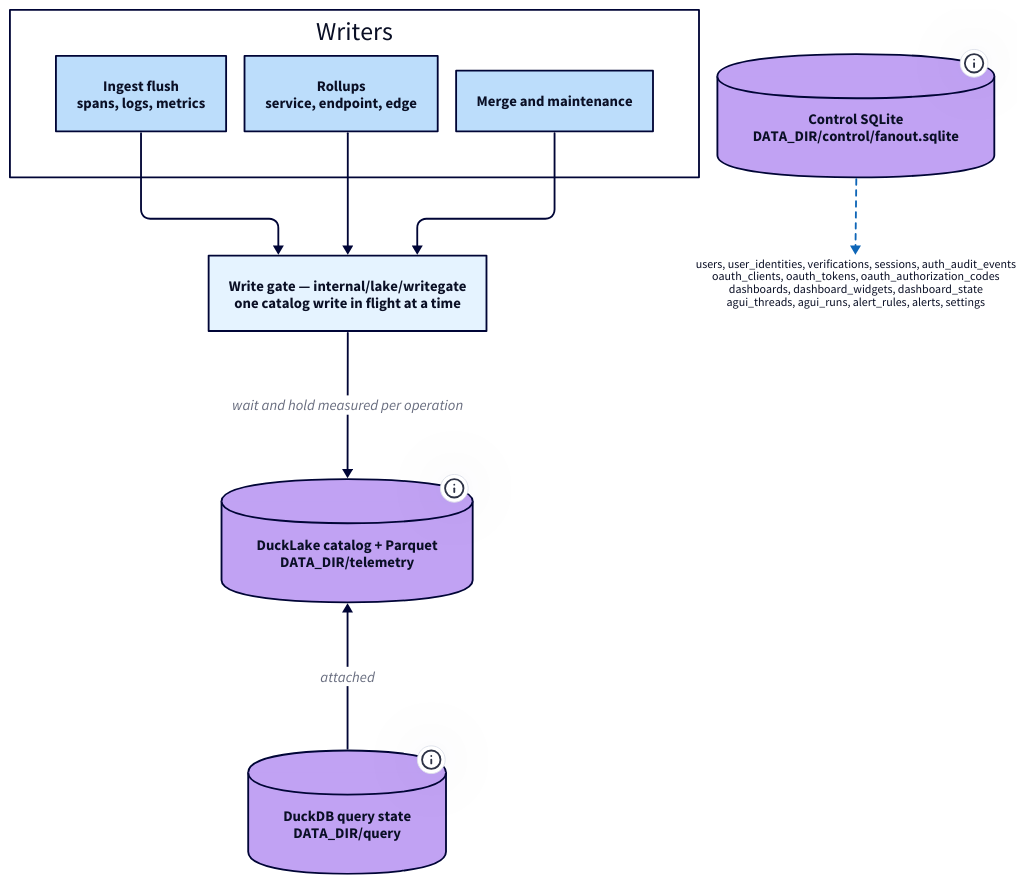
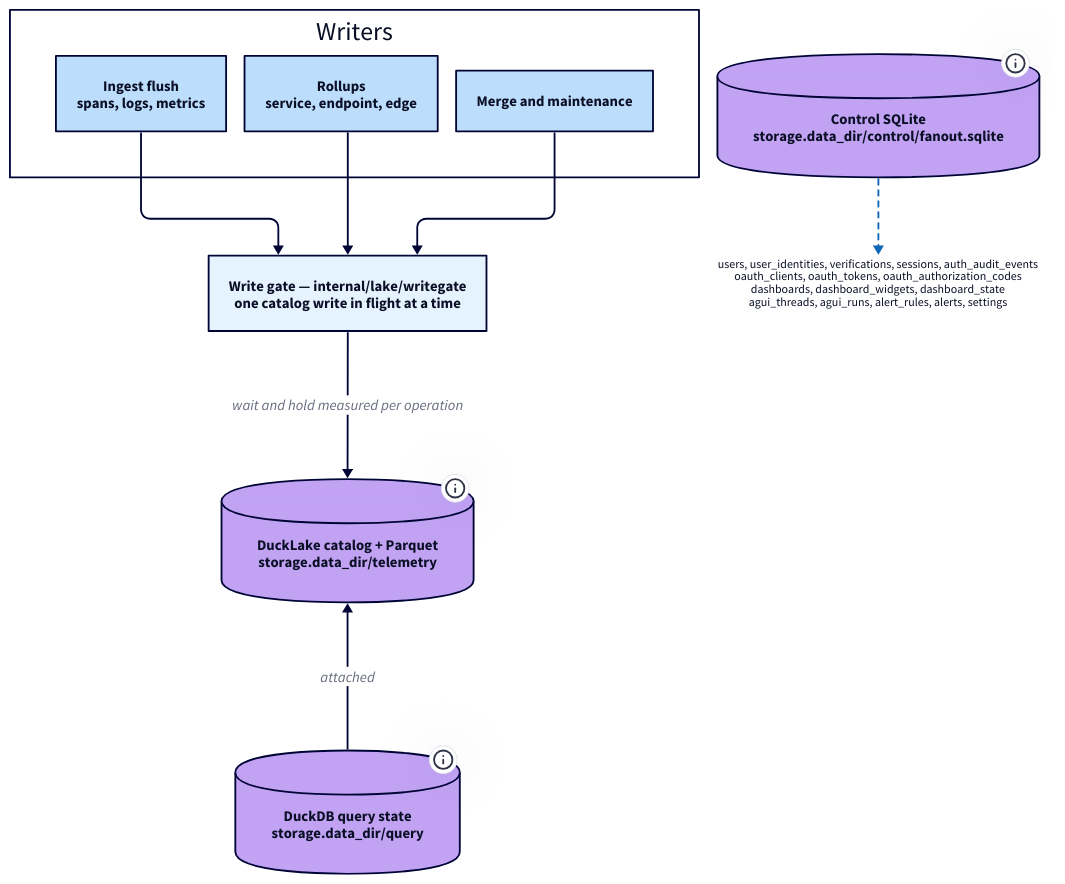
One commit to labstack/fanout changed the diagram in docs/diagrams/persistence.d2. Above: the diagram before and after it, drawn with D2. The commit also changed 63 other files, not shown here.

```diff
--- a/docs/diagrams/persistence.d2
+++ b/docs/diagrams/persistence.d2
@@ -1,53 +1,53 @@
 # Where Fanout keeps state, and what serializes writes to it.
 # Render with `just diagrams`; commit the generated SVG beside this file.
 
 direction: down
 
 vars: {
   d2-config: {
     layout-engine: elk
     theme-id: 5
   }
 }
 
 writers: Writers {
   style.fill: transparent
   ingest: "Ingest flush\nspans, logs, metrics" {shape: rectangle}
   rollup: "Rollups\nservice, endpoint, edge" {shape: rectangle}
   maint: "Merge and maintenance" {shape: rectangle}
 }
 
 gate: "Write gate — internal/lake/writegate\none catalog write in flight at a time" {
   shape: rectangle
   style: {
     stroke-width: 2
     bold: true
   }
 }
 
-telemetry: "DuckLake catalog + Parquet\nDATA_DIR/telemetry" {
+telemetry: "DuckLake catalog + Parquet\nstorage.data_dir/telemetry" {
   shape: cylinder
   tooltip: Partitioned telemetry. Written only through the gate.
 }
 
-querystate: "DuckDB query state\nDATA_DIR/query" {
+querystate: "DuckDB query state\nstorage.data_dir/query" {
   shape: cylinder
   tooltip: Catalog attachment and temp spill. Not the telemetry itself.
 }
 
-control: "Control SQLite\nDATA_DIR/control/fanout.sqlite" {
+control: "Control SQLite\nstorage.data_dir/control/fanout.sqlite" {
   shape: cylinder
   tooltip: Application state. Never on the telemetry write path.
 }
 
 control_tables: "users, user_identities, verifications, sessions, auth_audit_events\noauth_clients, oauth_tokens, oauth_authorization_codes\ndashboards, dashboard_widgets, dashboard_state\nagui_threads, agui_runs, alert_rules, alerts, settings" {
   shape: text
   style.font-size: 13
 }
 
 writers.ingest -> gate
 writers.rollup -> gate
 writers.maint -> gate
 gate -> telemetry: "wait and hold measured per operation"
 telemetry <- querystate: attached
 control -> control_tables: {style.stroke-dash: 3}
```
